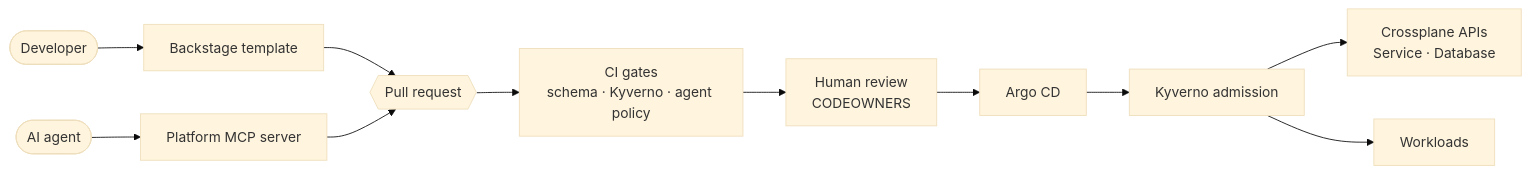
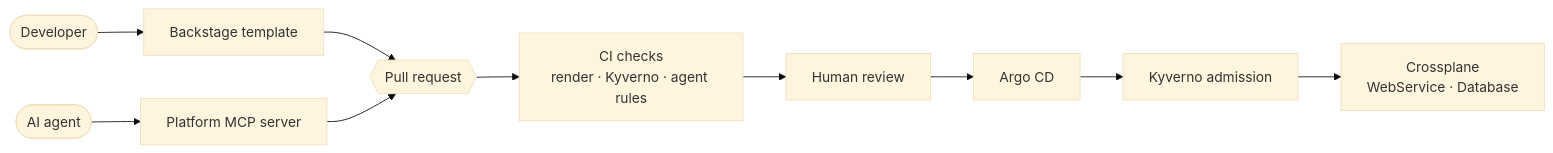
One commit to NicPucacco/aidp changed the diagram in README.md. Above: the diagram before and after it, drawn with Mermaid (base theme). The commit also changed other lines of this file, not shown here.

````diff
--- a/README.md
+++ b/README.md
@@ -27,13 +24,12 @@
 ```mermaid
 flowchart LR
     dev([Developer]) --> bs[Backstage template]
     agent([AI agent]) --> mcp[Platform MCP server]
     bs --> pr{{Pull request}}
     mcp --> pr
-    pr --> ci[CI gates<br/>schema · Kyverno · agent policy]
-    ci --> review[Human review<br/>CODEOWNERS]
+    pr --> ci[CI checks<br/>render · Kyverno · agent rules]
+    ci --> review[Human review]
     review --> argo[Argo CD]
     argo --> adm[Kyverno admission]
-    adm --> xp[Crossplane APIs<br/>Service · Database]
-    adm --> wl[Workloads]
+    adm --> xp[Crossplane<br/>WebService · Database]
 ```
````
